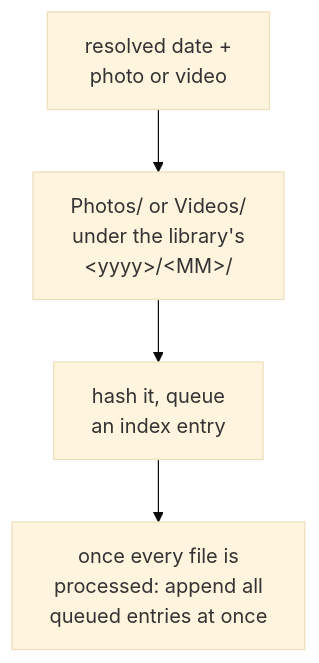
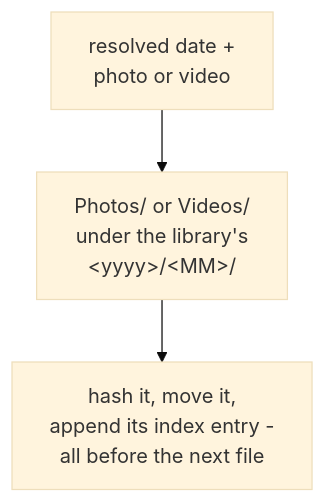
The third of 4 diagrams in app/docs/design/application/service/rescue-engine.md (AdrianNachev91/sluice), drawn with Mermaid (base theme) before and after one commit. The commit also changed other lines of this file and 17 other files, not shown here.

````diff
--- a/app/docs/design/application/service/rescue-engine.md
+++ b/app/docs/design/application/service/rescue-engine.md
@@ -53,6 +57,5 @@
 ```mermaid
 flowchart TD
     A["resolved date +<br/>photo or video"] --> B["Photos/ or Videos/<br/>under the library's<br/>&lt;yyyy&gt;/&lt;MM&gt;/"]
-    B --> C["hash it, queue<br/>an index entry"]
-    C --> D["once every file is<br/>processed: append all<br/>queued entries at once"]
+    B --> C["hash it, move it,<br/>append its index entry -<br/>all before the next file"]
 ```
````
